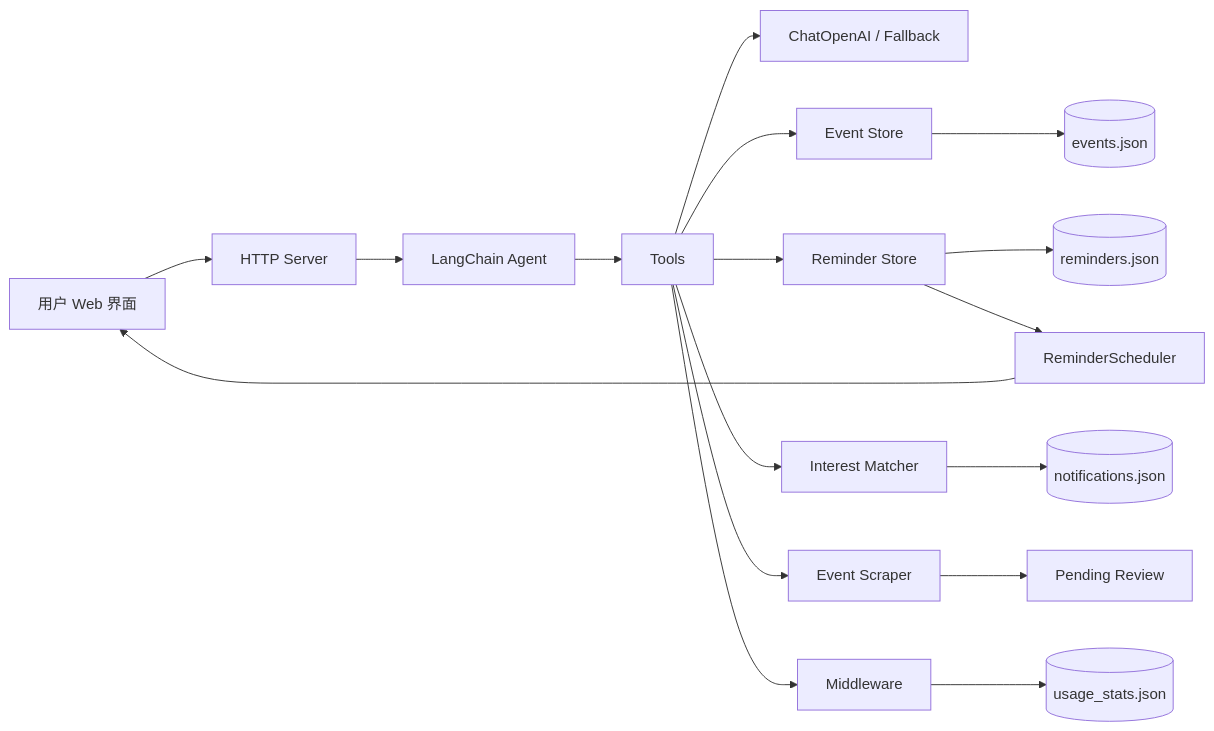
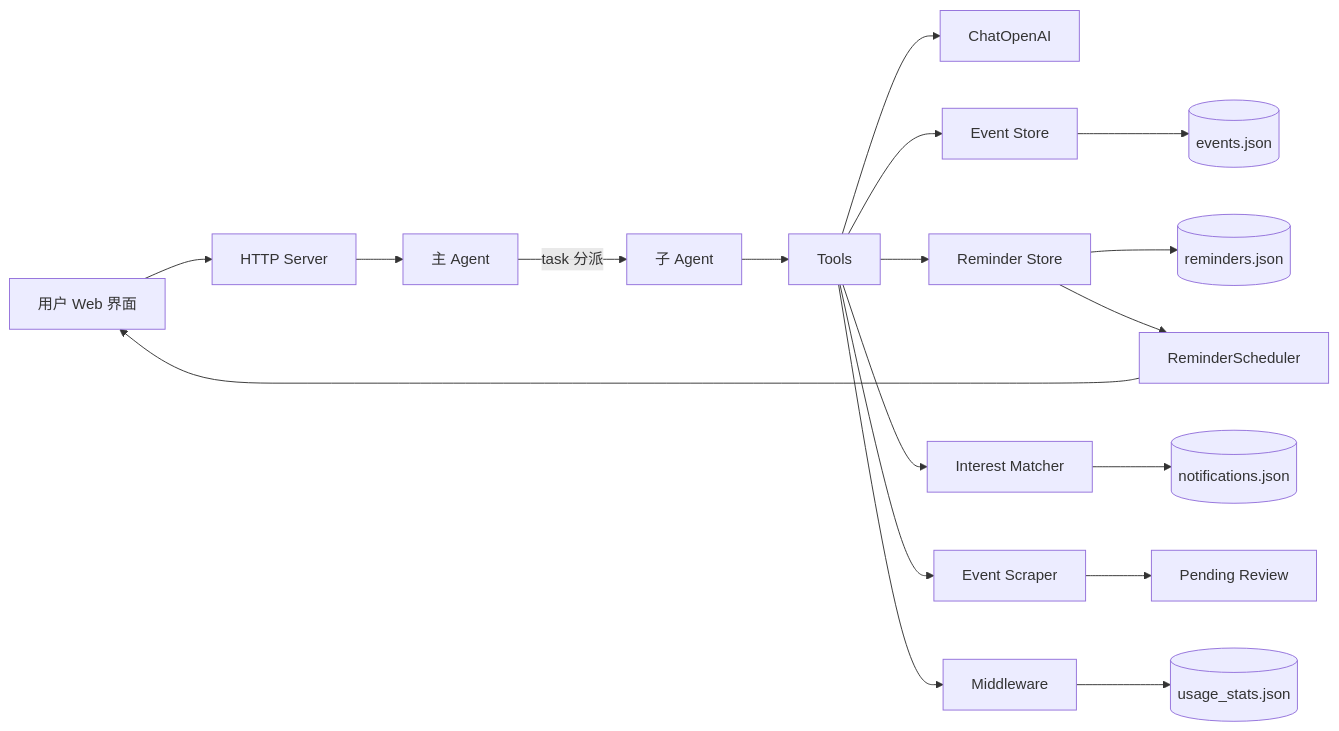
One commit to qin-zhenbang/njfu_campus_notice_agent changed the diagram in DESIGN.md. Above: the diagram before and after it, drawn with Mermaid. The commit also changed other lines of this file and 24 other files, not shown here.

````diff
--- a/DESIGN.md
+++ b/DESIGN.md
@@ -5,19 +5,20 @@
 ```mermaid
 flowchart LR
     U[用户 Web 界面] --> S[HTTP Server]
-    S --> C[LangChain Agent]
-    C --> T[Tools]
-    T --> LLM[ChatOpenAI / Fallback]
+    S --> C[主 Agent]
+    C -->|task 分派| SA[子 Agent]
+    SA --> T[Tools]
+    T --> LLM[ChatOpenAI]
     T --> ES[Event Store]
     T --> RS[Reminder Store]
     T --> IM[Interest Matcher]
     T --> SC[Event Scraper]
     T --> MW[Middleware]
     SC --> PF[Pending Review]
     ES --> ED[(events.json)]
     RS --> RD[(reminders.json)]
     RS --> RSC[ReminderScheduler]
     RSC --> U
     IM --> ND[(notifications.json)]
     MW --> US[(usage_stats.json)]
 ```
````
